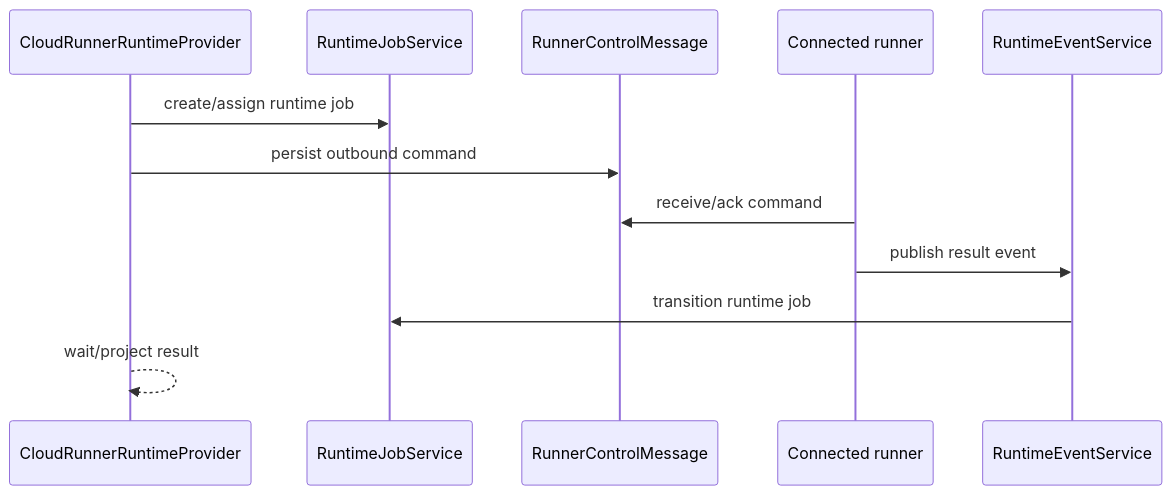
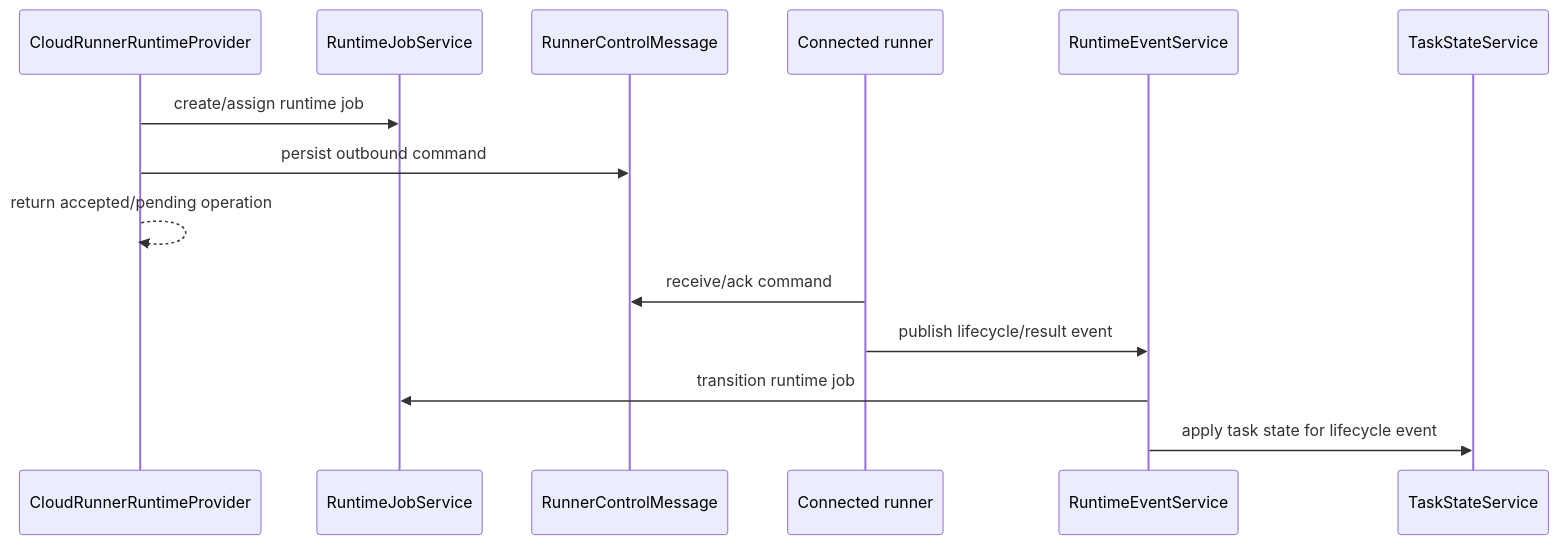
Before and after one commit to quareth/drowAI: the third of 3 diagrams in docs/architecture/execution-plane.md, drawn with Mermaid. The commit also changed other lines of this file and 10 other files, not shown here.

Commit message:
docs: align architecture guides with wired code (#18)

````diff
--- a/docs/architecture/execution-plane.md
+++ b/docs/architecture/execution-plane.md
@@ -156,15 +231,17 @@
 ```mermaid
 sequenceDiagram
     participant Provider as CloudRunnerRuntimeProvider
     participant Jobs as RuntimeJobService
     participant Messages as RunnerControlMessage
     participant Runner as Connected runner
     participant Events as RuntimeEventService
+    participant State as TaskStateService
 
     Provider->>Jobs: create/assign runtime job
     Provider->>Messages: persist outbound command
+    Provider-->>Provider: return accepted/pending operation
     Runner->>Messages: receive/ack command
-    Runner->>Events: publish result event
+    Runner->>Events: publish lifecycle/result event
     Events->>Jobs: transition runtime job
-    Provider-->>Provider: wait/project result
+    Events->>State: apply task state for lifecycle event
 ```
````
